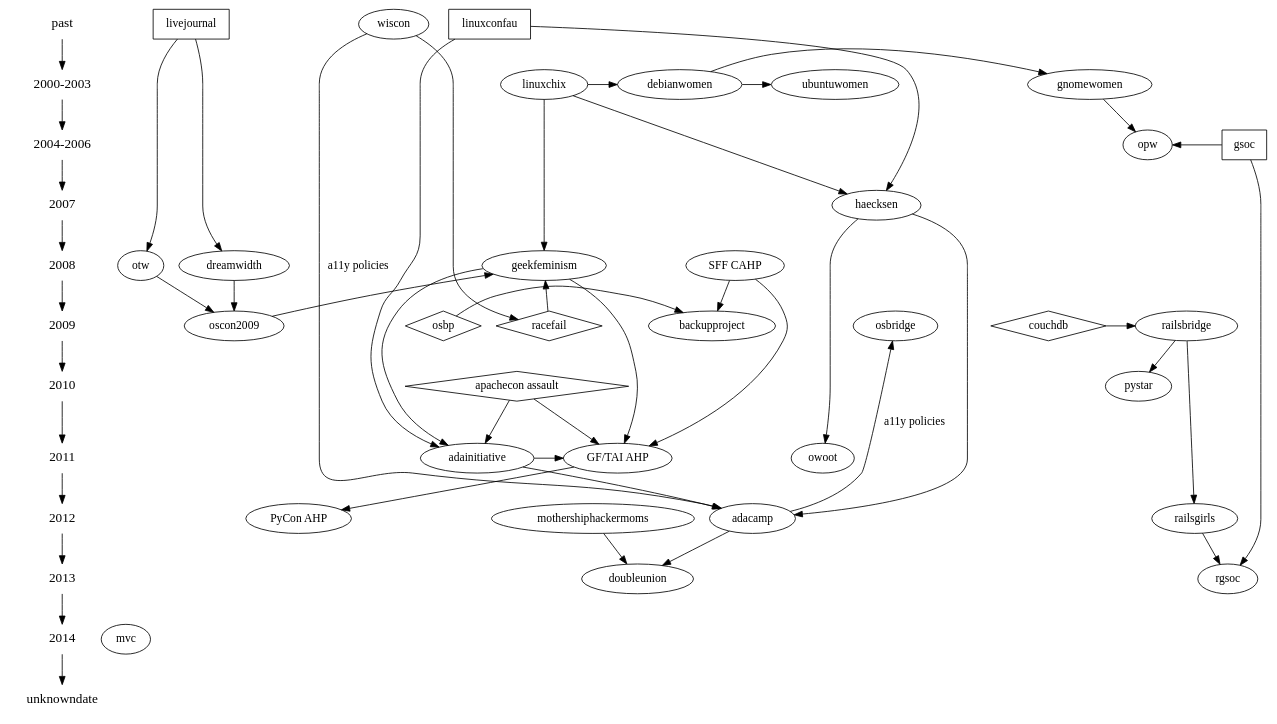
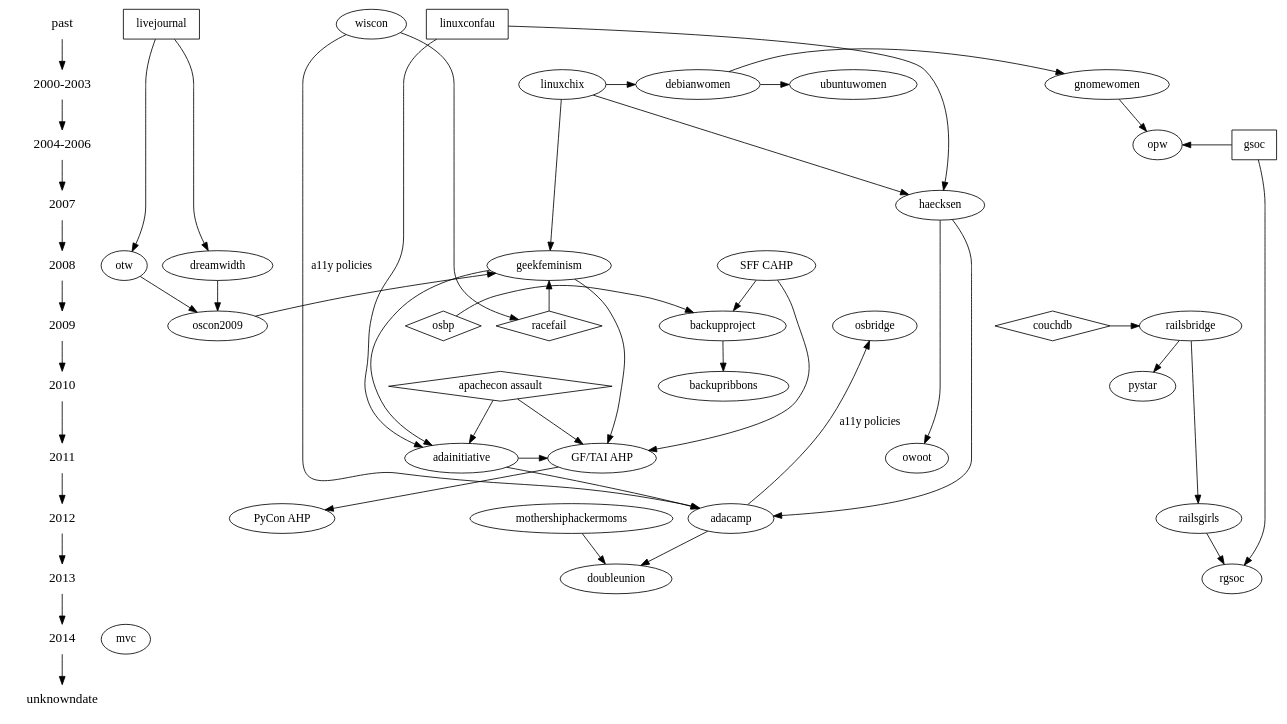
Before and after one commit to brainwane/gf-family-tree: the diagram in gfft.dot, drawn with Graphviz. The commit also changed 1 other file, not shown here.

```diff
--- a/gfft.dot
+++ b/gfft.dot
@@ -1,133 +1,134 @@
 digraph G {
 
   /*
      The following shapes are used for different types of things:
      oval = geek feminist/women-in-tech/etc organisation
      rectangle = orgs that aren't particularly feminist, but are influential
      diamond = event/incident (cf. GF wiki "Timeline of Incidents")
   */
 
   /*
      And this section lays out the history in terms of years.
   */
 
   {
     node [shape=plaintext, fontsize=16];
     past -> "2000-2003" -> "2004-2006" -> 2007 -> 2008 -> 2009 -> 2010 -> 2011 -> 2012 -> 2013 -> 2014 -> unknowndate;
   }
   { rank = same; past; livejournal; wiscon; linuxconfau}
   { rank = same; "2000-2003"; linuxchix; gnomewomen; ubuntuwomen; debianwomen; } /* roughly? */
   { rank = same; "2004-2006"; gsoc; opw;}
   { rank = same; 2007; haecksen; }
   { rank = same; 2008; "SFF CAHP"; geekfeminism; dreamwidth; otw; }
   { rank = same; 2009; oscon2009; racefail; couchdb; railsbridge; osbp; backupproject; osbridge; }
-  { rank = same; 2010; "apachecon assault"; }
+  { rank = same; 2010; "apachecon assault"; backupribbons;}
   { rank = same; 2011; adainitiative; "GF/TAI AHP"; owoot }
   { rank = same; 2012; adacamp; railsgirls; }
   { rank = same; 2013; doubleunion; rgsoc; }
   { rank = same; 2014; mvc }
   { rank = same; unknowndate; }
 
   /* Skud set up the GF wiki in 2008, mostly inspired by earlier "women
    * in open source" communities such as linuxchix */
   linuxchix -> geekfeminism;
 
   /* in 2009, Racefail introduced Skud and other GF wiki contributors to
    * a lot of new ideas */
   racefail -> geekfeminism;
   racefail [shape=diamond];
 
   /* in 2010, the Noirin Plunkett's assault at ApacheCon triggered
    * discussions about anti-harassment that would lead to the formation
    * of the Ada Initiative */
   "apachecon assault" -> adainitiative;
   "apachecon assault" [shape=diamond];
 
   /* GF (esp. volunteer burnout) was an influence on TAI */
   geekfeminism -> adainitiative;
 
   /* The first TAI discussions were held at LCA */
   linuxconfau -> adainitiative;
   linuxconfau [shape=rectangle];
 
   /* TAI wrote the first conf anti-harassment poilcy in response to the
    * apachecon assault */
   "apachecon assault" -> "GF/TAI AHP"
   "geekfeminism" -> "GF/TAI AHP"
   "adainitiative" -> "GF/TAI AHP"
 
   /* The Con Anti-Harassment Policy (out of SFF fandom) also inspired it */
   "SFF CAHP" -> "GF/TAI AHP"
 
   /* Vaguely related: Open Source Boob Project and Backup Project */
   osbp -> backupproject
   osbp [shape=diamond]
   "SFF CAHP" -> backupproject
+  backupproject -> backupribbons;
 
   /* The GF/TAI AHP inspired the PyCon variant */
   "GF/TAI AHP" -> "PyCon AHP"
 
   adainitiative -> adacamp;
 
   /* Adacamp was inspired in some ways by Wiscon, eg. accessibility */
   wiscon -> adacamp [label="a11y policies"];
   /* and then open source bridge picked up some of that from adacamp */
   adacamp -> osbridge [label="a11y policies"];
 
   /* DoubleUnion came out of AdaCamp SF in 2013 */
   adacamp -> doubleunion;
   /* pretty sure mothership hackermoms was also an inspiration? */
   mothershiphackermoms -> doubleunion;
 
   /* Various early women-in-open-source mailing lists etc */
   linuxchix -> debianwomen;
   debianwomen -> ubuntuwomen;
   /* Direct ancestry, because Hanna Wallach did debianwomen first and
    * then GNOME Women, and was never a big participant in LinuxChix*/
   debianwomen -> gnomewomen;
   haecksen -> owoot;
 
   /* Gnome Outreach Program for Women, now FOSS OPW */
   gnomewomen -> opw;
   /* "The Outreach Program for Women (OPW) was inspired by Google's
    * Summer of Code and by how few women applied for it."
    * via gnome.org/opw (why can't I include double slashes in a comment?)
    */
   gsoc -> opw;
   gsoc [shape=rectangle]
 
   /* LinuxChix inspired the Haecksen miniconf at LCA */
   linuxchix -> haecksen;
   linuxconfau -> haecksen;
 
   /* Both creations of Mary Gardiner's, one of the inputs to AdaCamp is
      what wasn't possible with Haecksen */
   haecksen -> adacamp;
 
   /* RailsBridge happened in response to the CouchDB incident at
    * GoGaRuCo */
   couchdb -> railsbridge;
   couchdb [shape=diamond];
   railsbridge -> pystar;
   railsbridge -> railsgirls;
 
   /* There's now a rails girls summer of code */
 
   railsgirls -> rgsoc;
   gsoc -> rgsoc;
 
   wiscon -> racefail;
 
   /* Livejournal (esp. their fail) inspired DW and OTW */
   livejournal -> dreamwidth;
   livejournal -> otw;
   livejournal [shape=rectangle]
 
   /* Dreamwidth and OTW inspired Skud's 2009 OSCON keynote */
   dreamwidth -> oscon2009;
   otw -> oscon2009;
 
   /* GF blog came out of the oscon2009 keynote, as a place to have
    * ongoing conversations */
   oscon2009 -> geekfeminism;
 }
```
